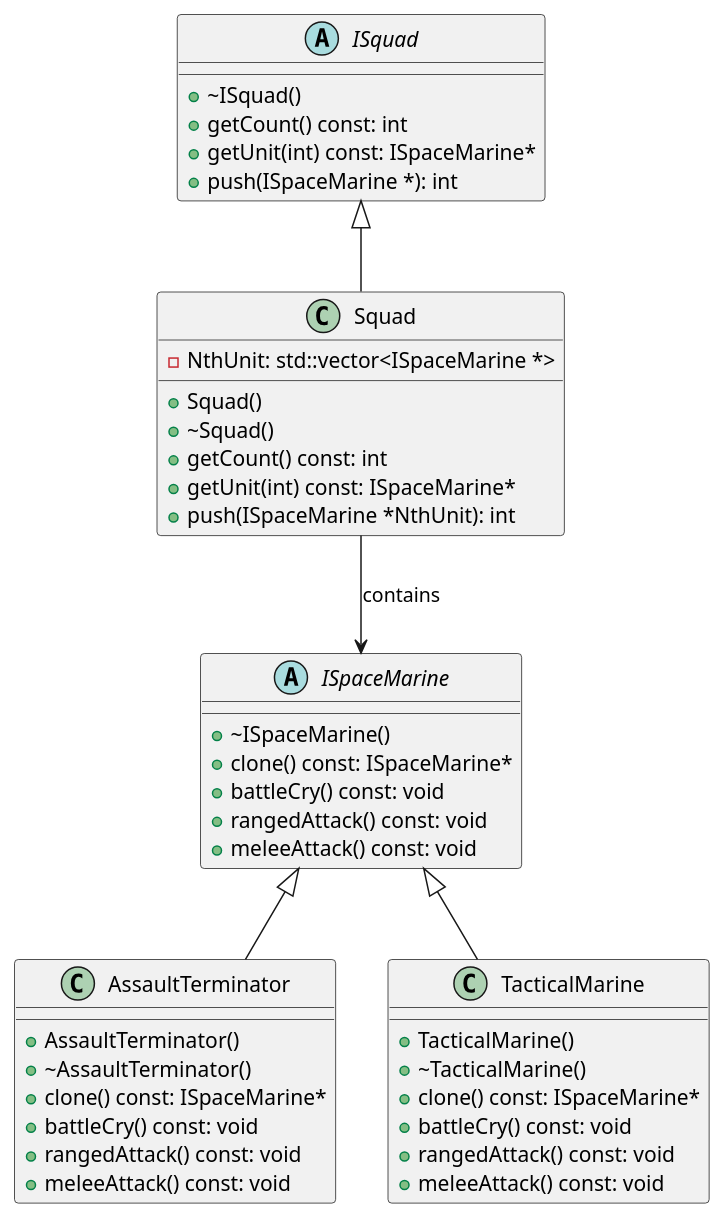
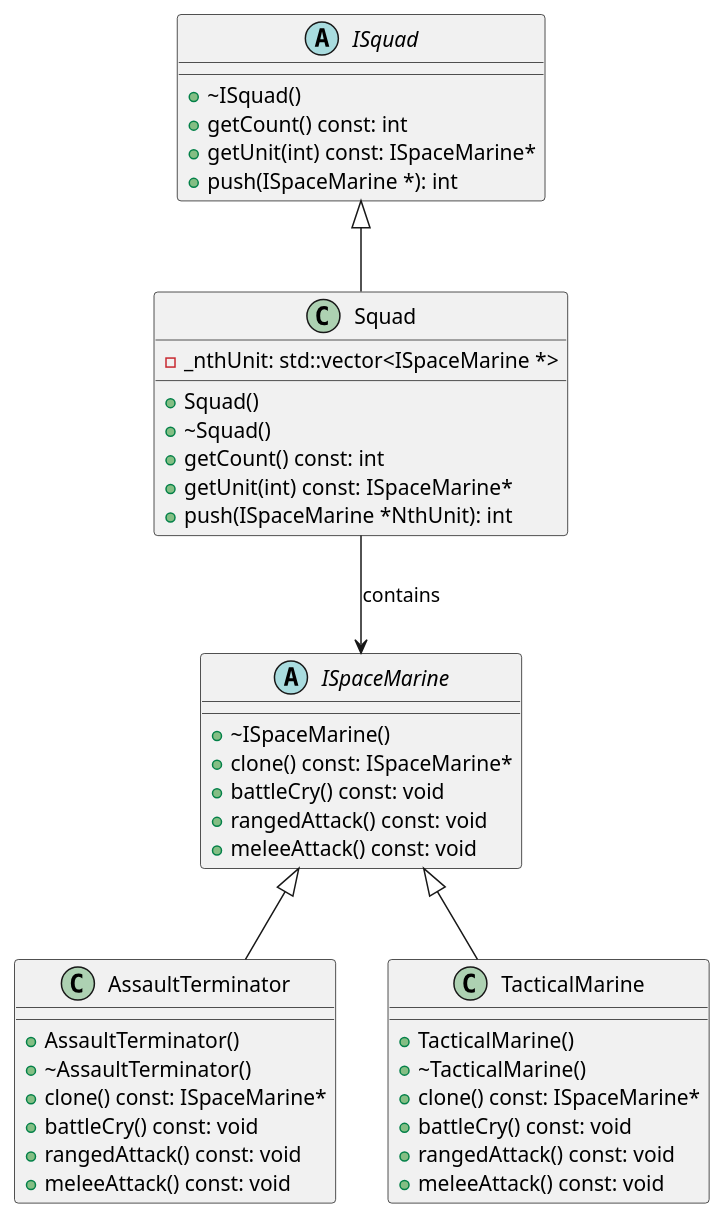
Before and after one commit to AMarieTnS/CppTraining: the diagram in Module 4/ex2/plant.plantuml, drawn with PlantUML. The commit also changed 4 other files, not shown here.

```diff
--- a/Module 4/ex2/plant.plantuml
+++ b/Module 4/ex2/plant.plantuml
@@ -1,47 +1,47 @@
 @startuml UMLModule4Ex2
 class AssaultTerminator {
   + AssaultTerminator()
   + ~AssaultTerminator()
   + clone() const: ISpaceMarine*
   + battleCry() const: void 
   + rangedAttack() const: void
   + meleeAttack() const: void
 }
 
 abstract class ISpaceMarine {
   + ~ISpaceMarine()
   + clone() const: ISpaceMarine*
   + battleCry() const: void
   + rangedAttack() const: void
   + meleeAttack() const: void
 }
 abstract class ISquad {
   + ~ISquad()
   + getCount() const: int
   + getUnit(int) const: ISpaceMarine*
   + push(ISpaceMarine *): int
 }
 class Squad {
-  - NthUnit: std::vector<ISpaceMarine *> 
+  - _nthUnit: std::vector<ISpaceMarine *> 
   + Squad()
   + ~Squad()
   + getCount() const: int
   + getUnit(int) const: ISpaceMarine*
   + push(ISpaceMarine *NthUnit): int
 }
 class TacticalMarine {
   + TacticalMarine()
   + ~TacticalMarine()
   + clone() const: ISpaceMarine*
   + battleCry() const: void
   + rangedAttack() const: void
   + meleeAttack() const: void
 }
 
 ISpaceMarine <|-- AssaultTerminator
 ISpaceMarine <|-- TacticalMarine
 ISquad <|-- Squad
 
 Squad --> ISpaceMarine : contains
 
 @enduml
```
